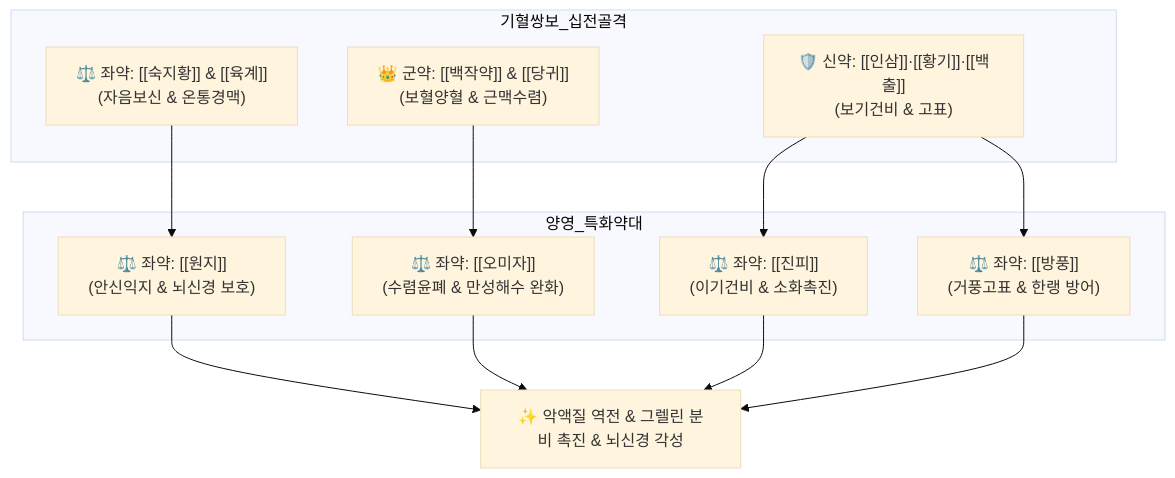
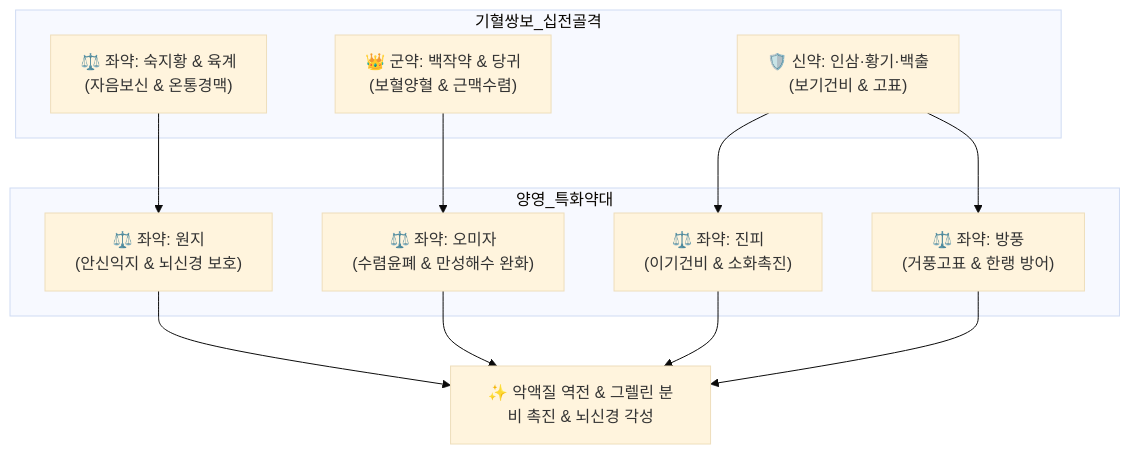
Before and after one commit to simbio11/simbio-digital-garden2: the diagram in content/2. 약리 공부/처방/02_보익제/인삼양영탕.md, drawn with Mermaid (base theme). The commit also changed other lines of this file and 323 other files, not shown here.

````diff
--- a/content/2. 약리 공부/처방/02_보익제/인삼양영탕.md
+++ b/content/2. 약리 공부/처방/02_보익제/인삼양영탕.md
@@ -55,19 +57,19 @@
 ```mermaid
 graph TD
     subgraph 기혈쌍보_십전골격
-        BJ["👑 군약: [[백작약]] & [[당귀]]<br>(보혈양혈 & 근맥수렴)"]
-        IS["🛡️ 신약: [[인삼]]·[[황기]]·[[백출]]<br>(보기건비 & 고표)"]
-        SJ["⚖️ 좌약: [[숙지황]] & [[육계]]<br>(자음보신 & 온통경맥)"]
+        BJ["👑 군약: 백작약 & 당귀<br>(보혈양혈 & 근맥수렴)"]
+        IS["🛡️ 신약: 인삼·황기·백출<br>(보기건비 & 고표)"]
+        SJ["⚖️ 좌약: 숙지황 & 육계<br>(자음보신 & 온통경맥)"]
     end
     subgraph 양영_특화약대
-        WJ["⚖️ 좌약: [[원지]]<br>(안신익지 & 뇌신경 보호)"]
-        OM["⚖️ 좌약: [[오미자]]<br>(수렴윤폐 & 만성해수 완화)"]
-        JP["⚖️ 좌약: [[진피]]<br>(이기건비 & 소화촉진)"]
-        BP["⚖️ 좌약: [[방풍]]<br>(거풍고표 & 한랭 방어)"]
+        WJ["⚖️ 좌약: 원지<br>(안신익지 & 뇌신경 보호)"]
+        OM["⚖️ 좌약: 오미자<br>(수렴윤폐 & 만성해수 완화)"]
+        JP["⚖️ 좌약: 진피<br>(이기건비 & 소화촉진)"]
+        BP["⚖️ 좌약: 방풍<br>(거풍고표 & 한랭 방어)"]
     end
     IS --> JP
     SJ --> WJ
     BJ --> OM
     IS --> BP
     WJ & OM & JP & BP --> Outcome["✨ 악액질 역전 & 그렐린 분비 촉진 & 뇌신경 각성"]
 ```
````
